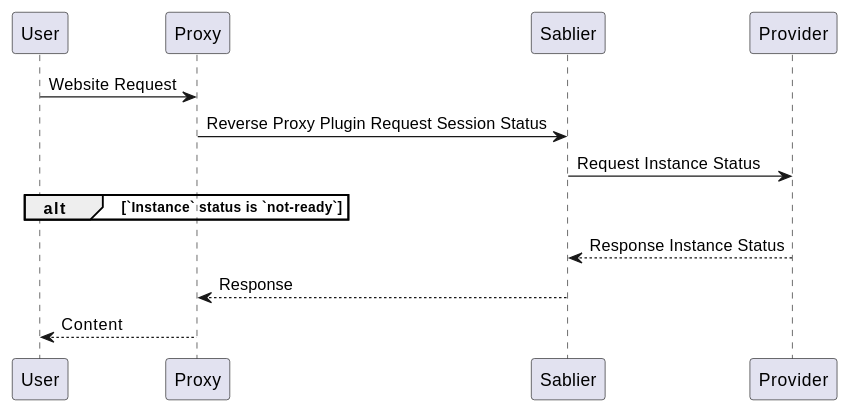
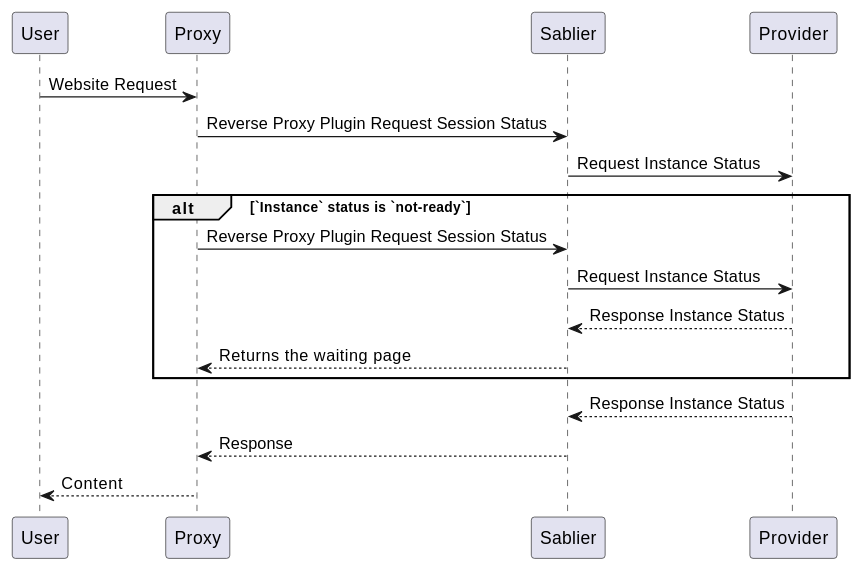
The second of 2 diagrams in docs/strategies.md (acouvreur/sablier), drawn with PlantUML before and after one commit. The commit also changed other lines of this file and 7 other files, not shown here.

````diff
--- a/docs/strategies.md
+++ b/docs/strategies.md
@@ -42,18 +46,21 @@
 ```plantuml
 @startuml
 
 User -> Proxy: Website Request
 Proxy -> Sablier: Reverse Proxy Plugin Request Session Status
 Sablier -> Provider: Request Instance Status
 
 alt `Instance` status is `not-ready`
-
+    Proxy -> Sablier: Reverse Proxy Plugin Request Session Status
+    Sablier -> Provider: Request Instance Status
+    Sablier <-- Provider: Response Instance Status
+    Proxy <-- Sablier: Returns the waiting page
 end
 
 Sablier <-- Provider: Response Instance Status
 Proxy <-- Sablier: Response 
 
 User <-- Proxy: Content 
 
 @enduml
 ```
````
